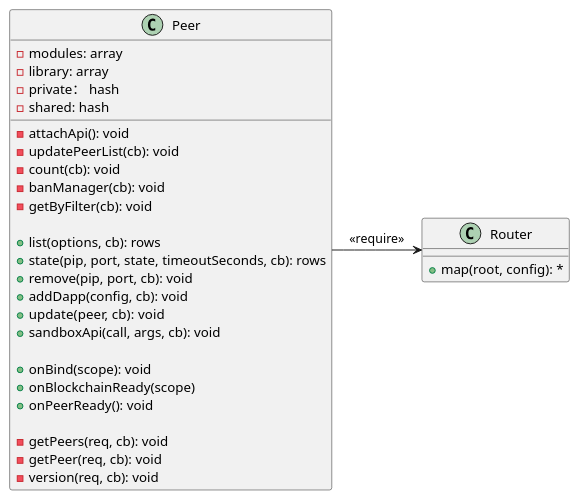
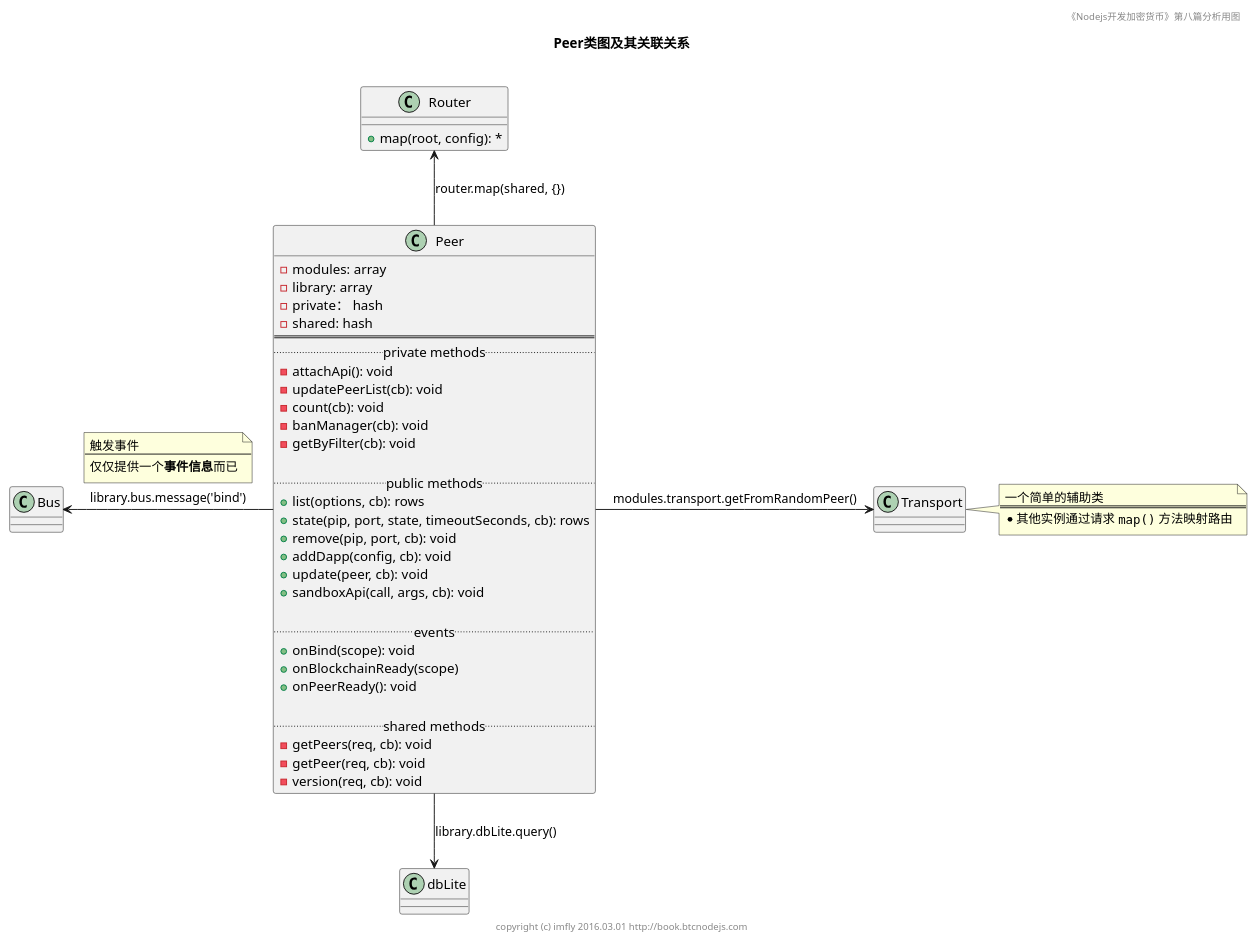
The diagram in sources/peer/class.pu (brightmanforever022/bitcoin-on-nodejs), drawn with PlantUML before and after one commit. The commit also changed 1 other file, not shown here.

```diff
--- a/sources/peer/class.pu
+++ b/sources/peer/class.pu
@@ -1,39 +1,63 @@
 @startuml images/peerClass.png
+title
+Peer类图及其关联关系
+
+end title
+footer copyright (c) imfly 2016.03.01 http://book.btcnodejs.com
+header 《Nodejs开发加密货币》第八篇分析用图
+
 ' modules/Peer.js
 Class Peer {
-  ' fields
   - modules: array
   - library: array
   - private： hash
   - shared: hash
-
-  ' private methods
+  ====
+  .. private methods ..
   -attachApi(): void
   -updatePeerList(cb): void
   -count(cb): void
   -banManager(cb): void
   -getByFilter(cb): void
 
-  ' public methods
+  .. public methods ..
   +list(options, cb): rows
   +state(pip, port, state, timeoutSeconds, cb): rows
   +remove(pip, port, cb): void
   +addDapp(config, cb): void
   +update(peer, cb): void
   +sandboxApi(call, args, cb): void
 
-  ' events
+  .. events ..
   +onBind(scope): void
   +onBlockchainReady(scope)
   +onPeerReady(): void
 
-  ' shared
+  .. shared methods..
   -getPeers(req, cb): void
   -getPeer(req, cb): void
   -version(req, cb): void
 }
-Peer -> Router: << require >>
+
+' helper/router.js
 Class Router {
   +map(root, config): *
 }
+
+' relationship
+Bus <- Peer: library.bus.message('bind')
+note top on link
+触发事件
+--
+仅仅提供一个<b>事件信息</b>而已
+end note
+
+Peer -> Transport: modules.transport.getFromRandomPeer()
+Peer -up-> Router: router.map(shared, {})
+note right
+  一个简单的辅助类
+  ====
+  * 其他实例通过请求 ""map()"" 方法映射路由
+end note
+Peer -down-> dbLite: library.dbLite.query()
 @enduml
```
